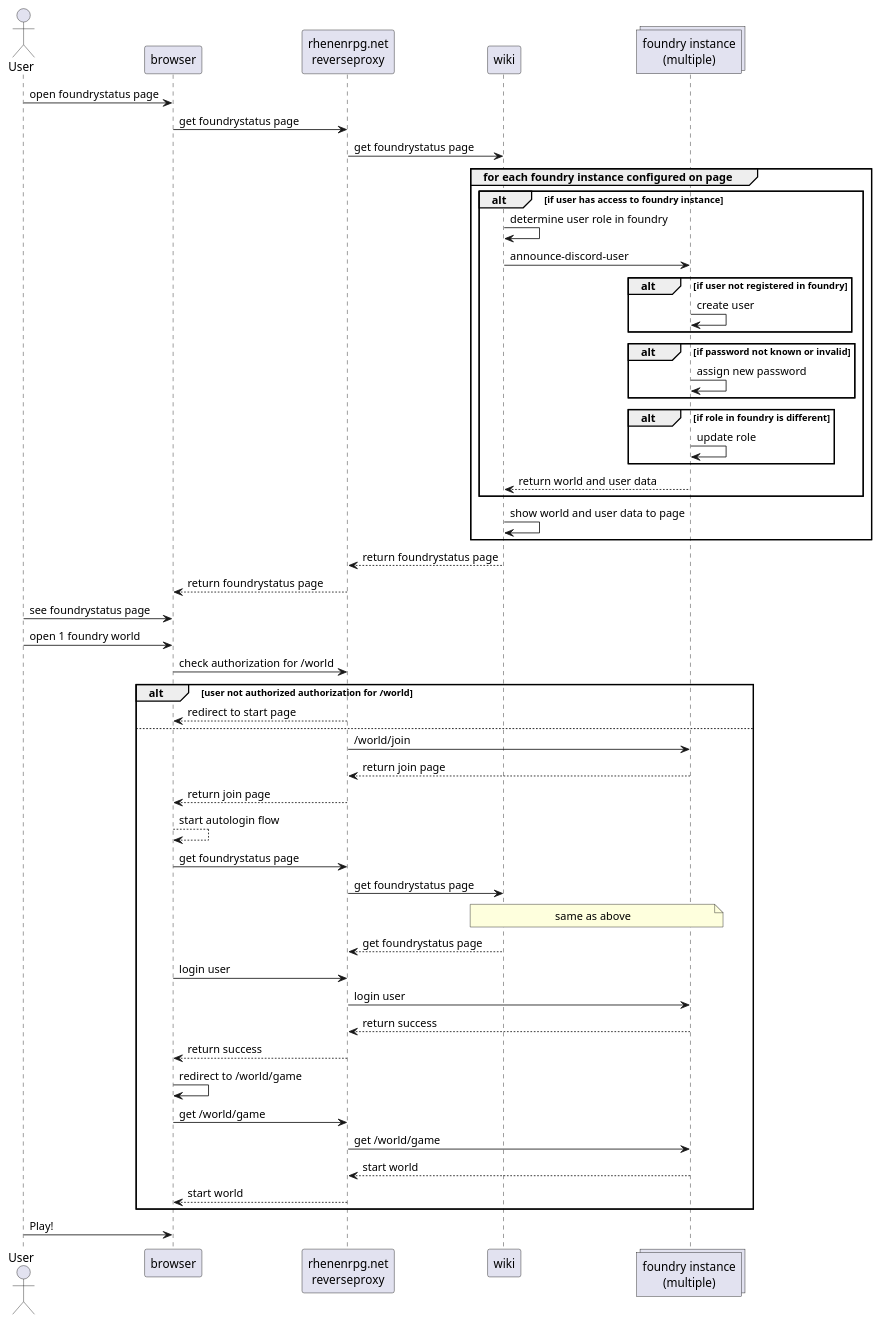
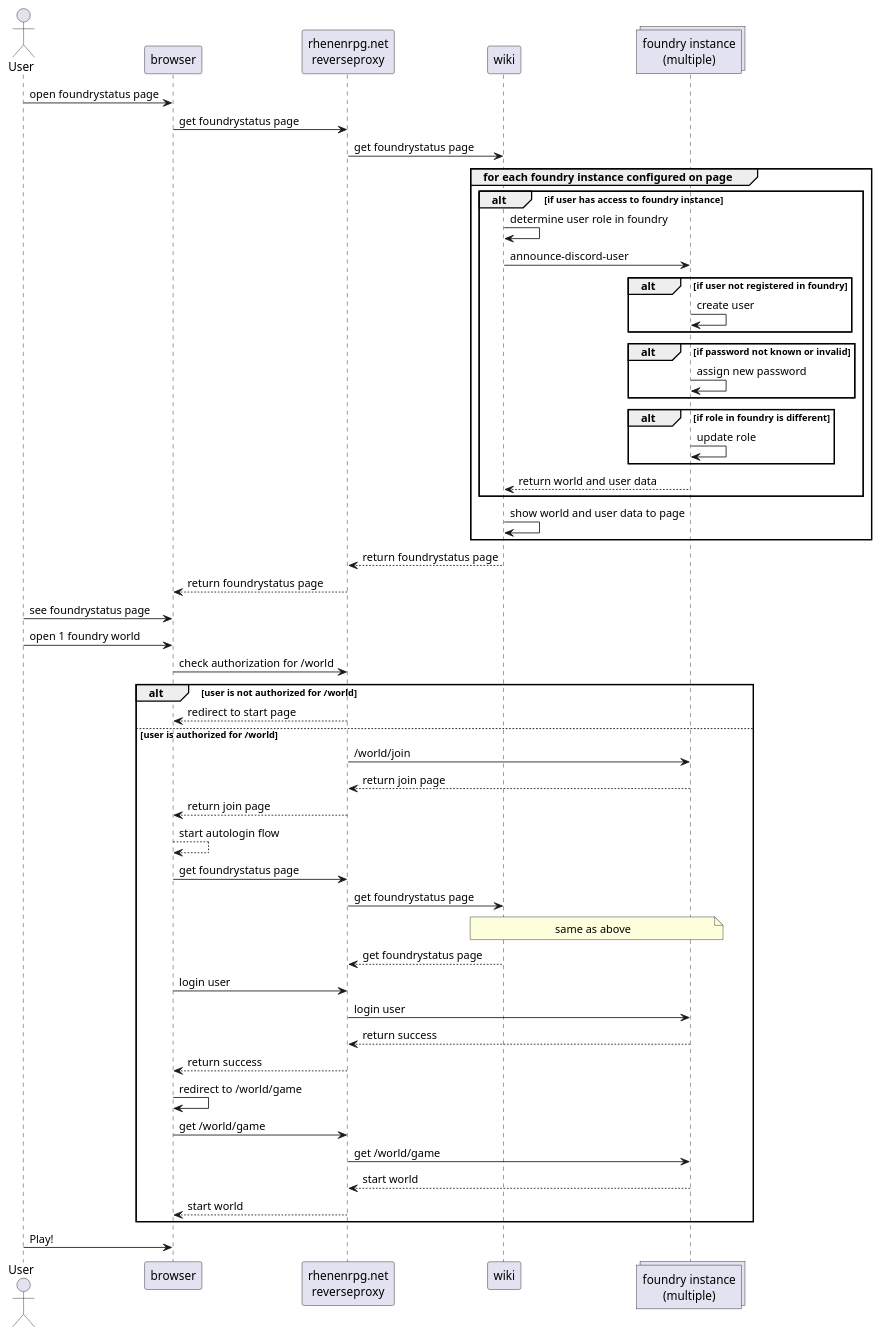
Before and after one commit to rhenenrpg/rhenenrpg.github.io: the diagram in uml/sd-autologin-foundry.iuml, drawn with PlantUML.

```diff
--- a/uml/sd-autologin-foundry.iuml
+++ b/uml/sd-autologin-foundry.iuml
@@ -1,56 +1,56 @@
 @startuml
 actor       User       as user
 participant browser
 participant "rhenenrpg.net\nreverseproxy" as rp
 participant wiki
 collections "foundry instance\n(multiple)" as foundry
 user -> browser: open foundrystatus page
 browser -> rp: get foundrystatus page
 rp -> wiki: get foundrystatus page
 group for each foundry instance configured on page
 alt if user has access to foundry instance
 wiki -> wiki: determine user role in foundry
 wiki -> foundry: announce-discord-user
 alt if user not registered in foundry
 foundry -> foundry: create user
 end
 alt if password not known or invalid
 foundry -> foundry: assign new password
 end
 alt if role in foundry is different
 foundry -> foundry: update role
 end
 foundry --> wiki: return world and user data
 end
 wiki -> wiki: show world and user data to page
 end
 wiki --> rp: return foundrystatus page
 rp --> browser : return foundrystatus page
 user -> browser: see foundrystatus page
 user -> browser: open 1 foundry world
 browser -> rp: check authorization for /world
-alt user not authorized authorization for /world
+alt user is not authorized for /world
 rp --> browser: redirect to start page
-else
+else user is authorized for /world
 rp -> foundry: /world/join
 foundry --> rp: return join page
 rp --> browser: return join page
 browser --> browser: start autologin flow
 browser -> rp: get foundrystatus page
 rp -> wiki: get foundrystatus page
 note over wiki, foundry
   same as above
 end note
 wiki --> rp: get foundrystatus page
 browser -> rp: login user
 rp -> foundry: login user
 foundry --> rp: return success
 rp --> browser: return success
 browser -> browser: redirect to /world/game
 browser -> rp: get /world/game
 rp -> foundry: get /world/game
 foundry --> rp: start world
 rp --> browser: start world
 end
 user -> browser: Play!
 @enduml
```
